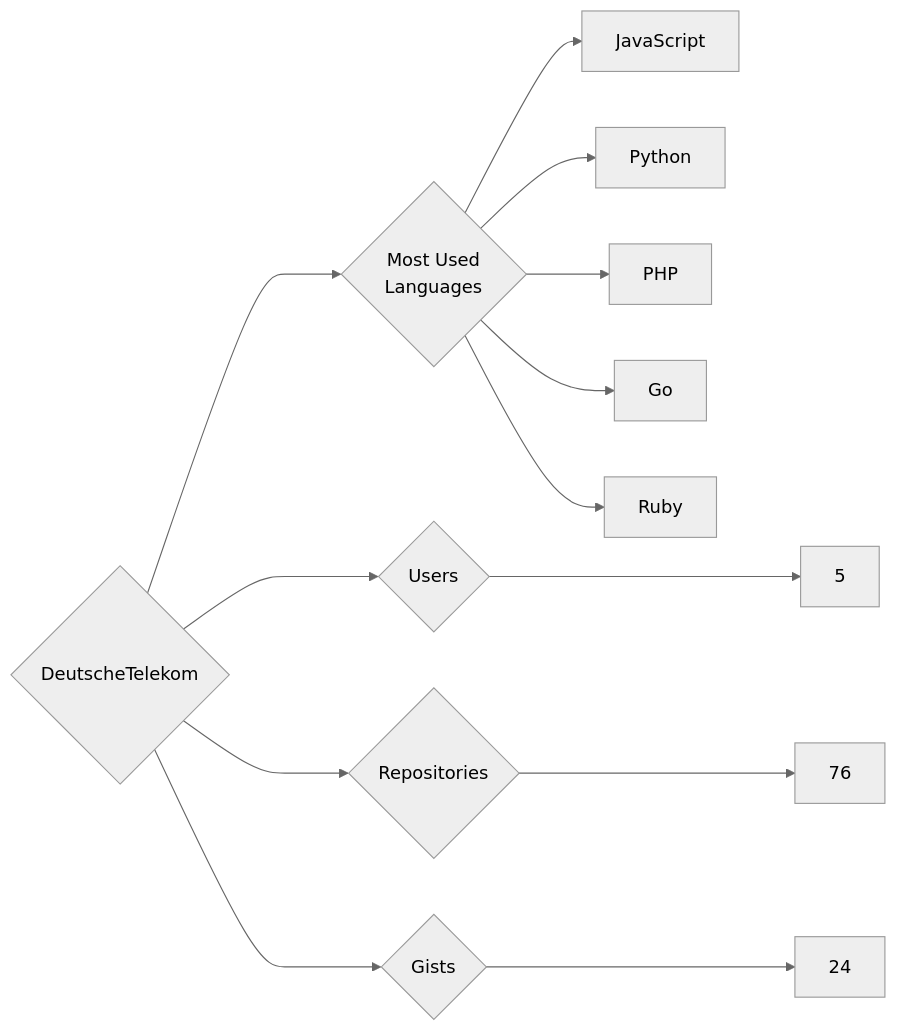
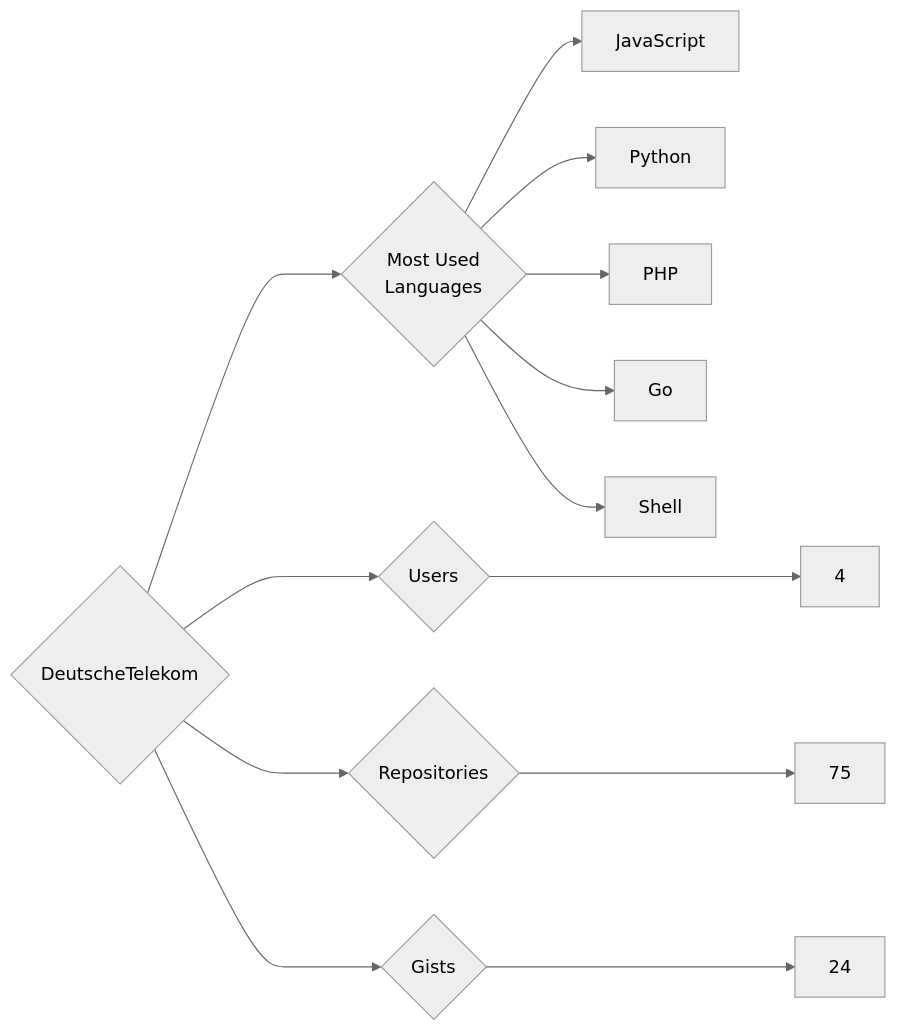
One commit to trickest/insiders changed the diagram in targets/DeutscheTelekom/README.md. Above: the diagram before and after it, drawn with Mermaid (neutral theme). The commit also changed 1055 other files, not shown here.

````diff
--- a/targets/DeutscheTelekom/README.md
+++ b/targets/DeutscheTelekom/README.md
@@ -3,13 +3,13 @@
 ```mermaid
 graph LR
 COMPANY_NAME{DeutscheTelekom}
-COMPANY_NAME ---> U{Users} ---> UN[5]
-COMPANY_NAME ---> R{Repositories} ---> RN[76]
+COMPANY_NAME ---> U{Users} ---> UN[4]
+COMPANY_NAME ---> R{Repositories} ---> RN[75]
 COMPANY_NAME ---> G{Gists} ---> GN[24]
 COMPANY_NAME ---> ML{Most Used<br>Languages}
 ML --> JavaScript[JavaScript]
 ML --> Python[Python]
 ML --> PHP[PHP]
 ML --> Go[Go]
-ML --> Ruby[Ruby]
+ML --> Shell[Shell]
 ```
````
